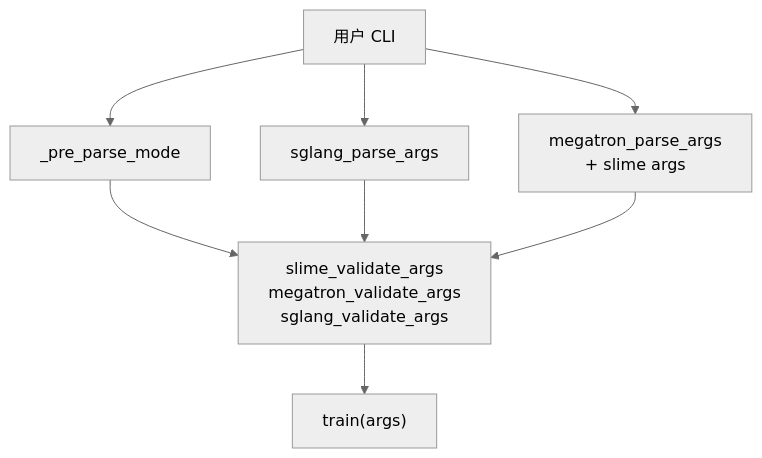
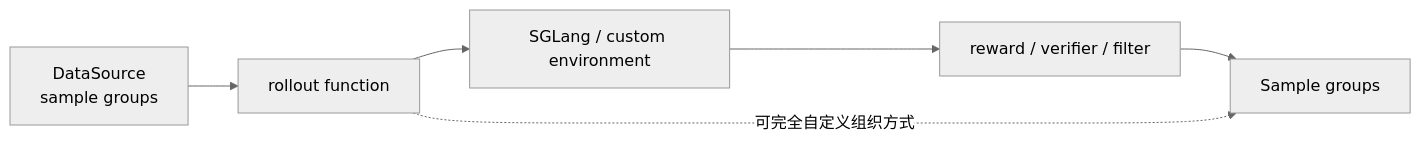
Before and after one commit to OnlyHero5/sglang-reading-vault: the second of 5 diagrams in slime_reading/阅读方法/Slime-阅读方法-数据流.md, drawn with Mermaid (neutral theme). The commit also changed other lines of this file and 512 other files, not shown here.

````diff
--- a/slime_reading/阅读方法/Slime-阅读方法-数据流.md
+++ b/slime_reading/阅读方法/Slime-阅读方法-数据流.md
@@ -51,17 +42,12 @@
 ```mermaid
-flowchart TB
-    CLI["用户 CLI"]
-    PRE["_pre_parse_mode"]
-    SGL["sglang_parse_args"]
-    MEG["megatron_parse_args<br/>+ slime args"]
-    VAL["slime_validate_args<br/>megatron_validate_args<br/>sglang_validate_args"]
-    RUN["train(args)"]
+flowchart LR
+    DS["DataSource<br/>sample groups"]
+    RF["rollout function"]
+    GEN["SGLang / custom environment"]
+    RM["reward / verifier / filter"]
+    S["Sample groups"]
 
-    CLI --> PRE
-    CLI --> SGL
-    CLI --> MEG
-    PRE --> VAL
-    SGL --> VAL
-    MEG --> VAL
-    VAL --> RUN
+    DS --> RF
+    RF --> GEN --> RM --> S
+    RF -. "可完全自定义组织方式" .-> S
 ```
````
